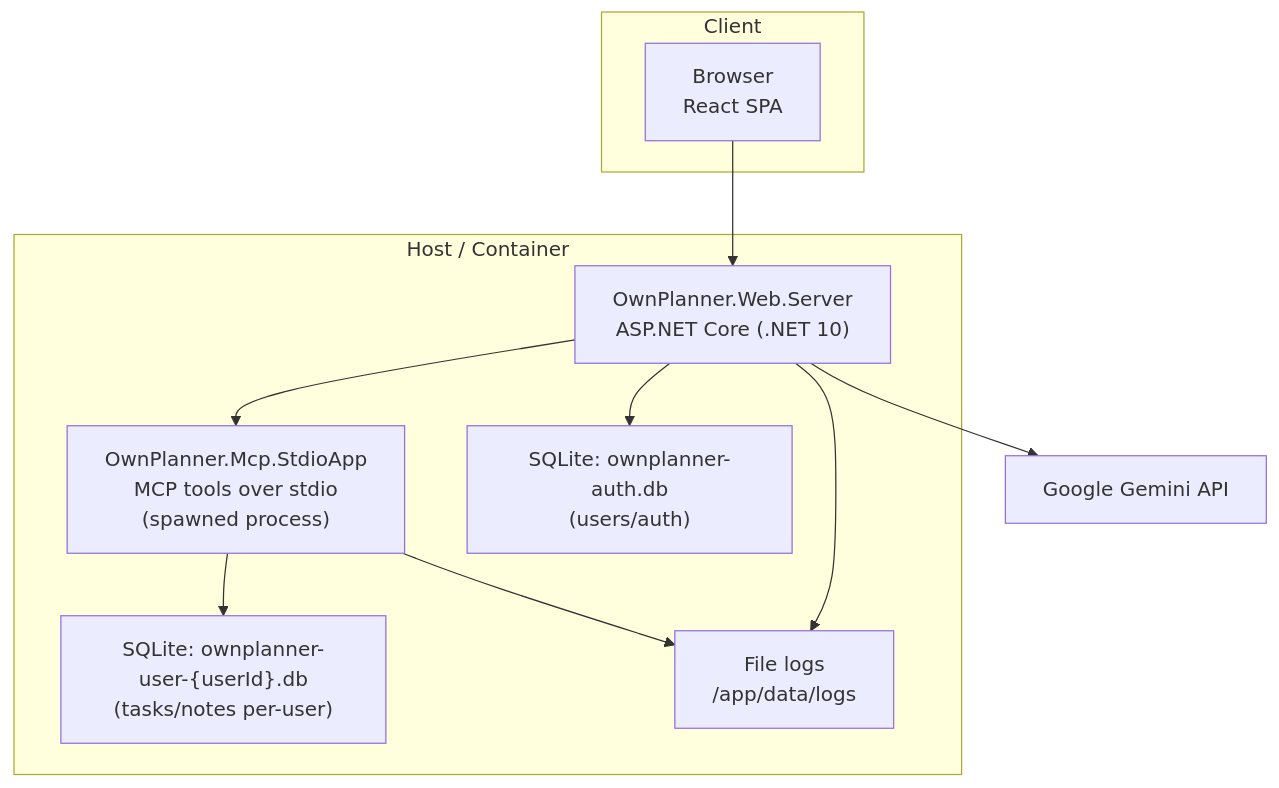
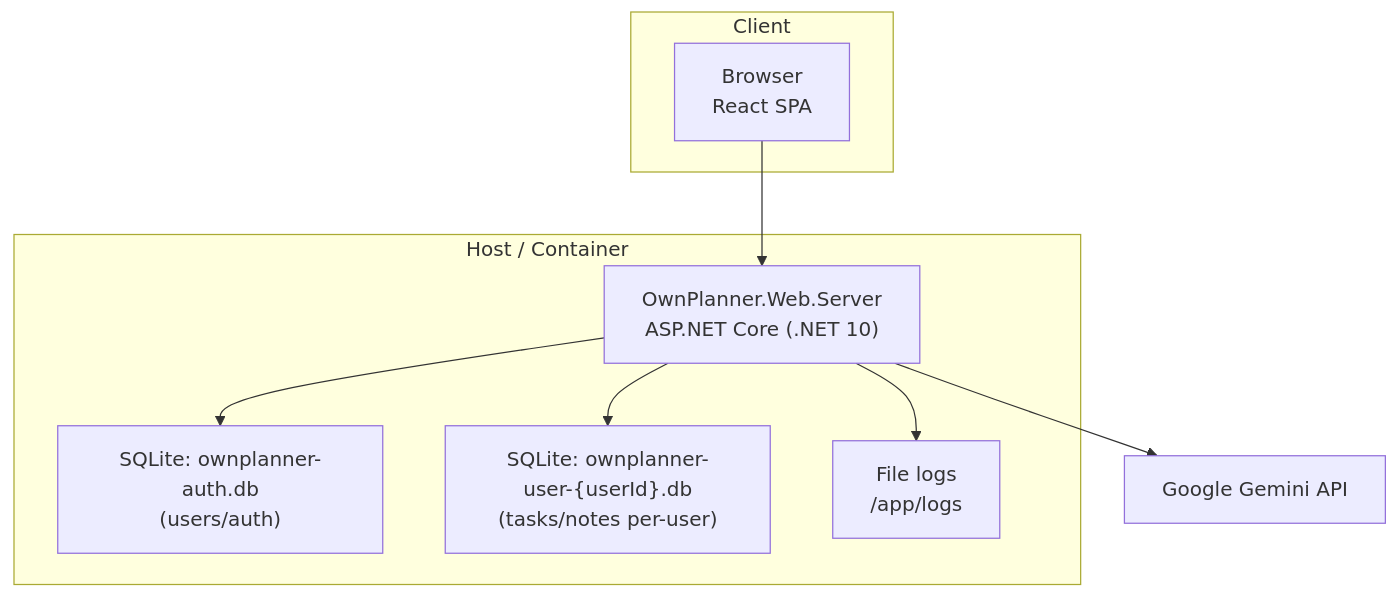
The second of 4 diagrams in README.md (am-space/own-planner), drawn with Mermaid before and after one commit. The commit also changed other lines of this file and 3 other files, not shown here.

````diff
--- a/README.md
+++ b/README.md
@@ -30,24 +30,21 @@
 ```mermaid
 graph TB
   subgraph client["Client"]
     browser["Browser<br/>React SPA"]
   end
 
   subgraph host["Host / Container"]
     web["OwnPlanner.Web.Server<br/>ASP.NET Core (.NET 10)"]
-    mcpapp["OwnPlanner.Mcp.StdioApp<br/>MCP tools over stdio<br/>(spawned process)"]
     authdb["SQLite: ownplanner-auth.db<br/>(users/auth)"]
     userdb["SQLite: ownplanner-user-{userId}.db<br/>(tasks/notes per-user)"]
-    logs["File logs<br/>/app/data/logs"]
+    logs["File logs<br/>/app/logs"]
   end
 
   llm["Google Gemini API"]
 
   browser --> web
   web --> authdb
   web --> llm
-  web --> mcpapp
+  web --> userdb
   web --> logs
-  mcpapp --> userdb
-  mcpapp --> logs
 ```
````
